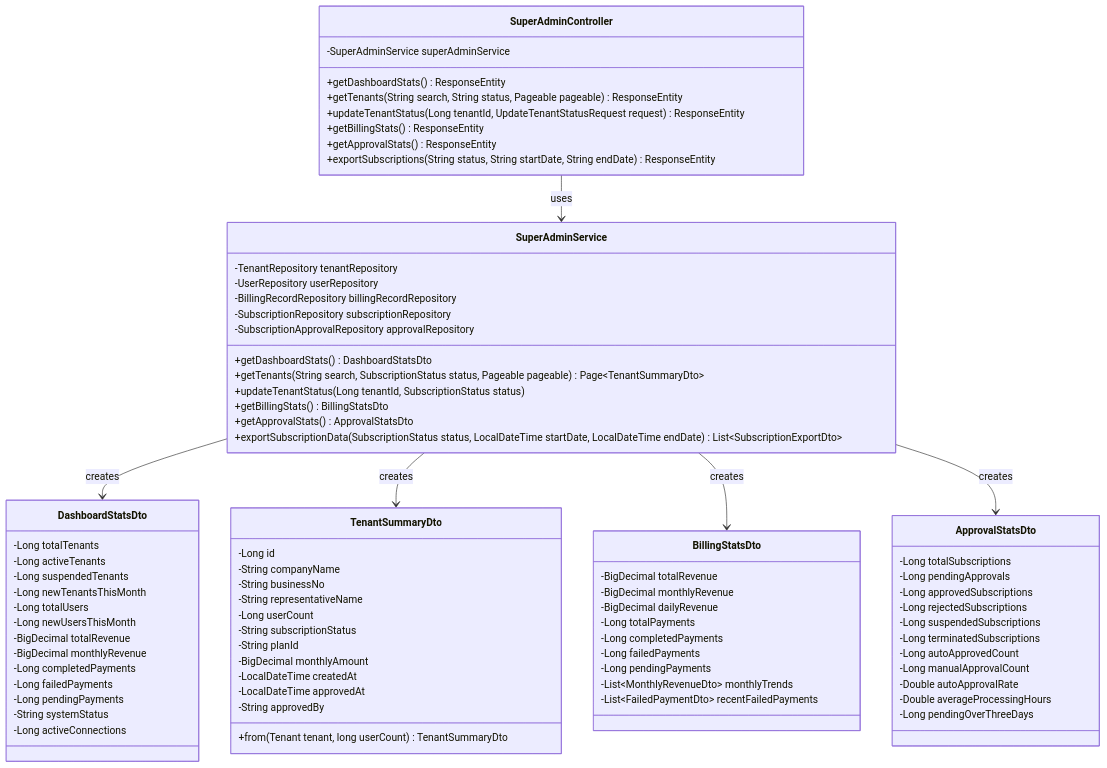
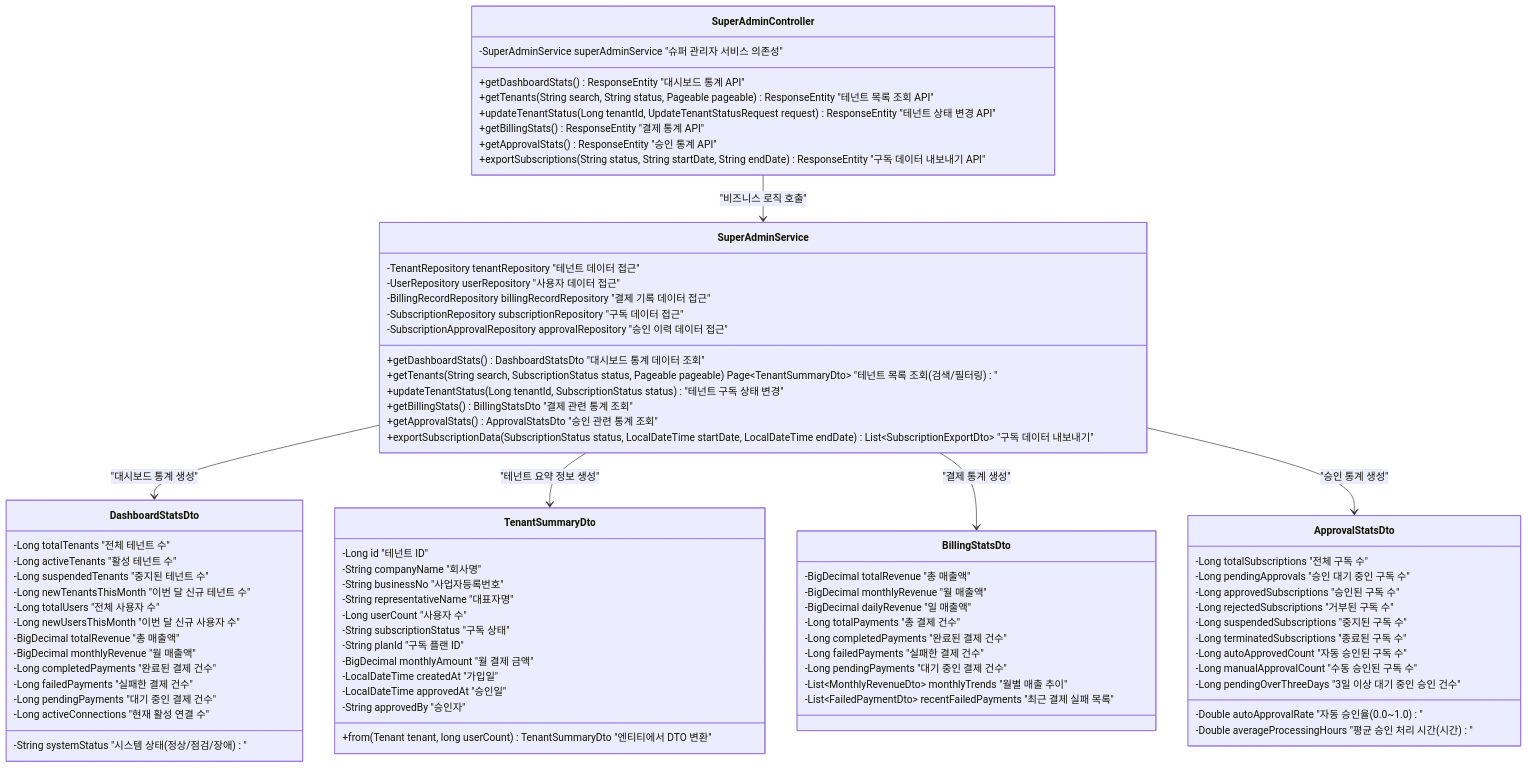
Before and after one commit to lovably74/SmartCON: the fifth of 9 diagrams in docs/SmartCON-Class-Diagram.md, drawn with Mermaid. The commit also changed other lines of this file and 16 other files, not shown here.

````diff
--- a/docs/SmartCON-Class-Diagram.md
+++ b/docs/SmartCON-Class-Diagram.md
@@ -317,89 +694,96 @@
 ```mermaid
 classDiagram
+    %% 슈퍼 관리자 서비스
     class SuperAdminService {
-        -TenantRepository tenantRepository
-        -UserRepository userRepository
-        -BillingRecordRepository billingRecordRepository
-        -SubscriptionRepository subscriptionRepository
-        -SubscriptionApprovalRepository approvalRepository
-        +getDashboardStats() DashboardStatsDto
-        +getTenants(String search, SubscriptionStatus status, Pageable pageable) Page~TenantSummaryDto~
-        +updateTenantStatus(Long tenantId, SubscriptionStatus status)
-        +getBillingStats() BillingStatsDto
-        +getApprovalStats() ApprovalStatsDto
-        +exportSubscriptionData(SubscriptionStatus status, LocalDateTime startDate, LocalDateTime endDate) List~SubscriptionExportDto~
+        -TenantRepository tenantRepository "테넌트 데이터 접근"
+        -UserRepository userRepository "사용자 데이터 접근"
+        -BillingRecordRepository billingRecordRepository "결제 기록 데이터 접근"
+        -SubscriptionRepository subscriptionRepository "구독 데이터 접근"
+        -SubscriptionApprovalRepository approvalRepository "승인 이력 데이터 접근"
+        +getDashboardStats() DashboardStatsDto "대시보드 통계 데이터 조회"
+        +getTenants(String search, SubscriptionStatus status, Pageable pageable) Page~TenantSummaryDto~ "테넌트 목록 조회 (검색/필터링)"
+        +updateTenantStatus(Long tenantId, SubscriptionStatus status) "테넌트 구독 상태 변경"
+        +getBillingStats() BillingStatsDto "결제 관련 통계 조회"
+        +getApprovalStats() ApprovalStatsDto "승인 관련 통계 조회"
+        +exportSubscriptionData(SubscriptionStatus status, LocalDateTime startDate, LocalDateTime endDate) List~SubscriptionExportDto~ "구독 데이터 내보내기"
     }
     
+    %% 슈퍼 관리자 REST API 컨트롤러
     class SuperAdminController {
-        -SuperAdminService superAdminService
-        +getDashboardStats() ResponseEntity
-        +getTenants(String search, String status, Pageable pageable) ResponseEntity
-        +updateTenantStatus(Long tenantId, UpdateTenantStatusRequest request) ResponseEntity
-        +getBillingStats() ResponseEntity
-        +getApprovalStats() ResponseEntity
-        +exportSubscriptions(String status, String startDate, String endDate) ResponseEntity
+        -SuperAdminService superAdminService "슈퍼 관리자 서비스 의존성"
+        +getDashboardStats() ResponseEntity "대시보드 통계 API"
+        +getTenants(String search, String status, Pageable pageable) ResponseEntity "테넌트 목록 조회 API"
+        +updateTenantStatus(Long tenantId, UpdateTenantStatusRequest request) ResponseEntity "테넌트 상태 변경 API"
+        +getBillingStats() ResponseEntity "결제 통계 API"
+        +getApprovalStats() ResponseEntity "승인 통계 API"
+        +exportSubscriptions(String status, String startDate, String endDate) ResponseEntity "구독 데이터 내보내기 API"
     }
     
+    %% 대시보드 통계 DTO
     class DashboardStatsDto {
-        -Long totalTenants
-        -Long activeTenants
-        -Long suspendedTenants
-        -Long newTenantsThisMonth
-        -Long totalUsers
-        -Long newUsersThisMonth
-        -BigDecimal totalRevenue
-        -BigDecimal monthlyRevenue
-        -Long completedPayments
-        -Long failedPayments
-        -Long pendingPayments
-        -String systemStatus
-        -Long activeConnections
+        -Long totalTenants "전체 테넌트 수"
+        -Long activeTenants "활성 테넌트 수"
+        -Long suspendedTenants "중지된 테넌트 수"
+        -Long newTenantsThisMonth "이번 달 신규 테넌트 수"
+        -Long totalUsers "전체 사용자 수"
+        -Long newUsersThisMonth "이번 달 신규 사용자 수"
+        -BigDecimal totalRevenue "총 매출액"
+        -BigDecimal monthlyRevenue "월 매출액"
+        -Long completedPayments "완료된 결제 건수"
+        -Long failedPayments "실패한 결제 건수"
+        -Long pendingPayments "대기 중인 결제 건수"
+        -String systemStatus "시스템 상태 (정상/점검/장애)"
+        -Long activeConnections "현재 활성 연결 수"
     }
     
+    %% 테넌트 요약 DTO
     class TenantSummaryDto {
-        -Long id
-        -String companyName
-        -String businessNo
-        -String representativeName
-        -Long userCount
-        -String subscriptionStatus
-        -String planId
-        -BigDecimal monthlyAmount
-        -LocalDateTime createdAt
-        -LocalDateTime approvedAt
-        -String approvedBy
-        +from(Tenant tenant, long userCount) TenantSummaryDto
+        -Long id "테넌트 ID"
+        -String companyName "회사명"
+        -String businessNo "사업자등록번호"
+        -String representativeName "대표자명"
+        -Long userCount "사용자 수"
+        -String subscriptionStatus "구독 상태"
+        -String planId "구독 플랜 ID"
+        -BigDecimal monthlyAmount "월 결제 금액"
+        -LocalDateTime createdAt "가입일"
+        -LocalDateTime approvedAt "승인일"
+        -String approvedBy "승인자"
+        +from(Tenant tenant, long userCount) TenantSummaryDto "엔티티에서 DTO 변환"
     }
     
+    %% 결제 통계 DTO
     class BillingStatsDto {
-        -BigDecimal totalRevenue
-        -BigDecimal monthlyRevenue
-        -BigDecimal dailyRevenue
-        -Long totalPayments
-        -Long completedPayments
-        -Long failedPayments
-        -Long pendingPayments
-        -List~MonthlyRevenueDto~ monthlyTrends
-        -List~FailedPaymentDto~ recentFailedPayments
+        -BigDecimal totalRevenue "총 매출액"
+        -BigDecimal monthlyRevenue "월 매출액"
+        -BigDecimal dailyRevenue "일 매출액"
+        -Long totalPayments "총 결제 건수"
+        -Long completedPayments "완료된 결제 건수"
+        -Long failedPayments "실패한 결제 건수"
+        -Long pendingPayments "대기 중인 결제 건수"
+        -List~MonthlyRevenueDto~ monthlyTrends "월별 매출 추이"
+        -List~FailedPaymentDto~ recentFailedPayments "최근 결제 실패 목록"
     }
     
+    %% 승인 통계 DTO
     class ApprovalStatsDto {
-        -Long totalSubscriptions
-        -Long pendingApprovals
-        -Long approvedSubscriptions
-        -Long rejectedSubscriptions
-        -Long suspendedSubscriptions
-        -Long terminatedSubscriptions
-        -Long autoApprovedCount
-        -Long manualApprovalCount
-        -Double autoApprovalRate
-        -Double averageProcessingHours
-        -Long pendingOverThreeDays
+        -Long totalSubscriptions "전체 구독 수"
+        -Long pendingApprovals "승인 대기 중인 구독 수"
+        -Long approvedSubscriptions "승인된 구독 수"
+        -Long rejectedSubscriptions "거부된 구독 수"
+        -Long suspendedSubscriptions "중지된 구독 수"
+        -Long terminatedSubscriptions "종료된 구독 수"
+        -Long autoApprovedCount "자동 승인된 구독 수"
+        -Long manualApprovalCount "수동 승인된 구독 수"
+        -Double autoApprovalRate "자동 승인율 (0.0~1.0)"
+        -Double averageProcessingHours "평균 승인 처리 시간 (시간)"
+        -Long pendingOverThreeDays "3일 이상 대기 중인 승인 건수"
     }
     
-    SuperAdminController --> SuperAdminService : uses
-    SuperAdminService --> DashboardStatsDto : creates
-    SuperAdminService --> TenantSummaryDto : creates
-    SuperAdminService --> BillingStatsDto : creates
-    SuperAdminService --> ApprovalStatsDto : creates
+    %% 관계 설정
+    SuperAdminController --> SuperAdminService : "비즈니스 로직 호출"
+    SuperAdminService --> DashboardStatsDto : "대시보드 통계 생성"
+    SuperAdminService --> TenantSummaryDto : "테넌트 요약 정보 생성"
+    SuperAdminService --> BillingStatsDto : "결제 통계 생성"
+    SuperAdminService --> ApprovalStatsDto : "승인 통계 생성"
 ```
````
